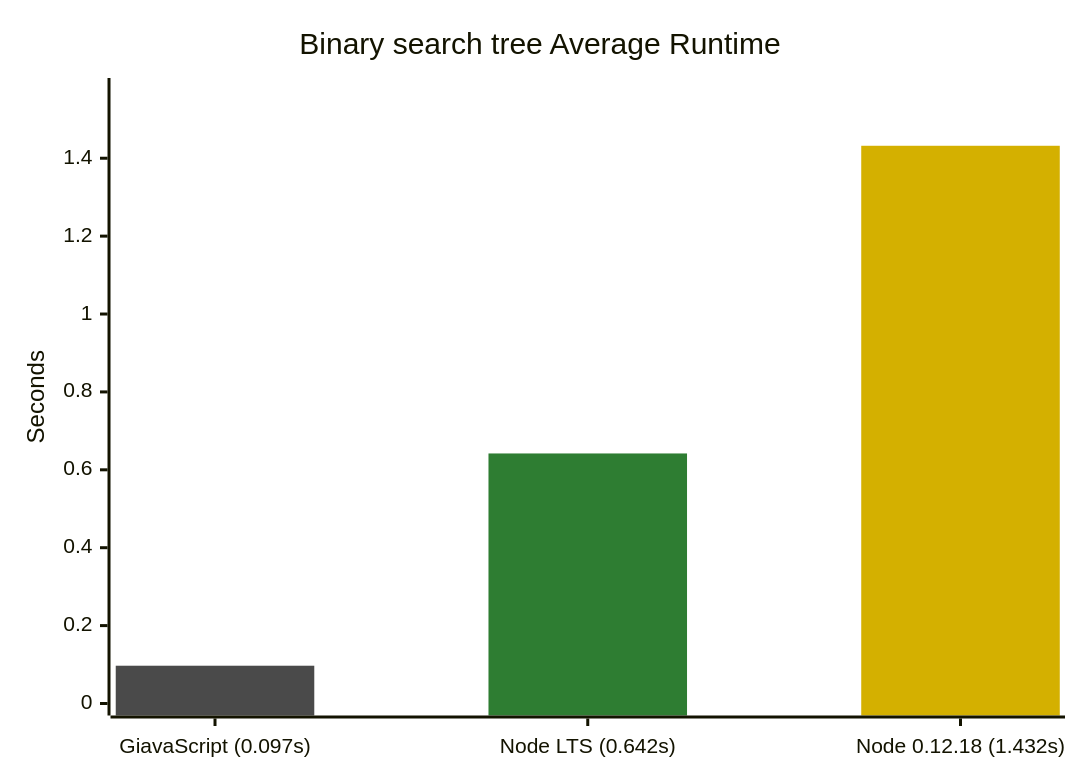
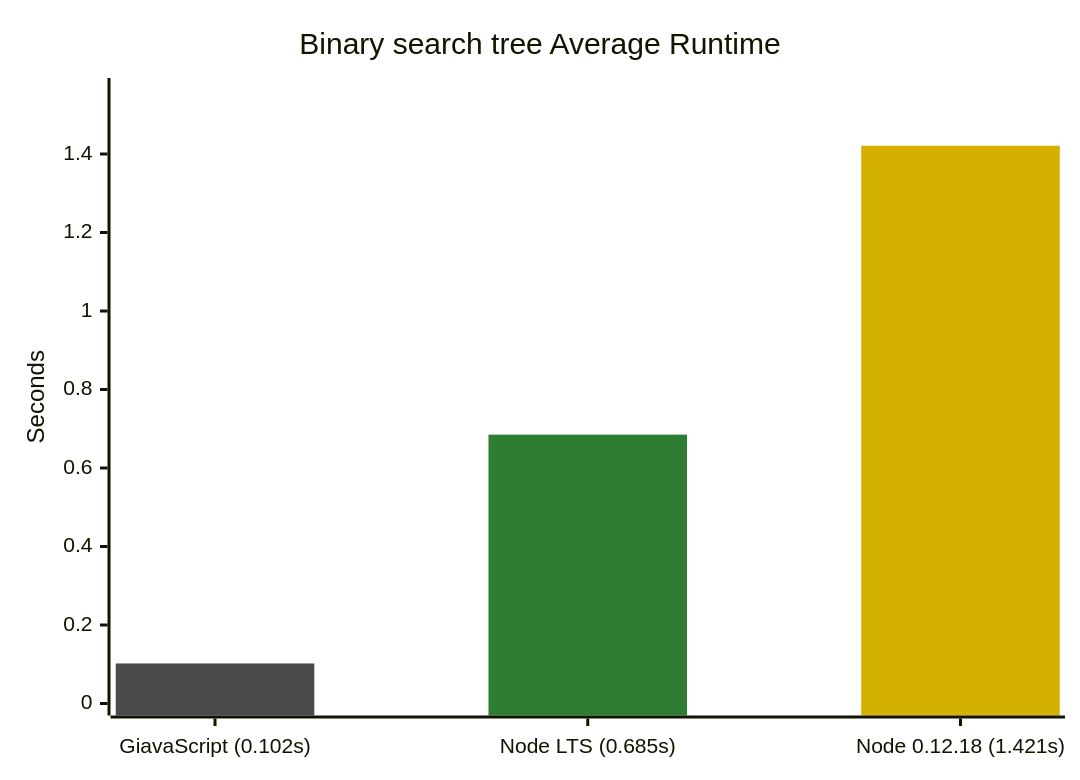
Before and after one commit to GiavaScript/GiavaScript: the third of 5 diagrams in README.md, drawn with Mermaid. The commit also changed other lines of this file and 1 other file, not shown here.

````diff
--- a/README.md
+++ b/README.md
@@ -99,10 +103,10 @@
 ```mermaid
 %%{init: {"themeVariables": {"xyChart": {"plotColorPalette": "#4a4a4a, #2e7d32, #d4b000"}}}}%%
 xychart-beta
     title "Binary search tree Average Runtime"
-    x-axis ["GiavaScript (0.097s)", "Node LTS (0.642s)", "Node 0.12.18 (1.432s)"]
-    y-axis "Seconds" 0 --> 1.5752
-    bar [0.097, -1, -1]
-    bar [-1, 0.642, -1]
-    bar [-1, -1, 1.432]
+    x-axis ["GiavaScript (0.102s)", "Node LTS (0.685s)", "Node 0.12.18 (1.421s)"]
+    y-axis "Seconds" 0 --> 1.5631
+    bar [0.102, -1, -1]
+    bar [-1, 0.685, -1]
+    bar [-1, -1, 1.421]
 ```
````
